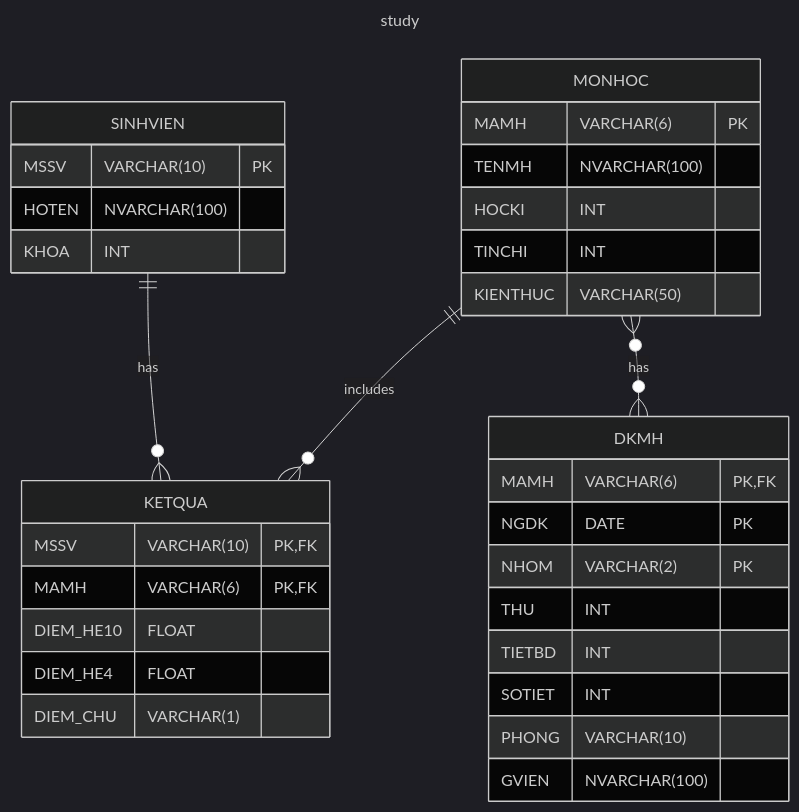
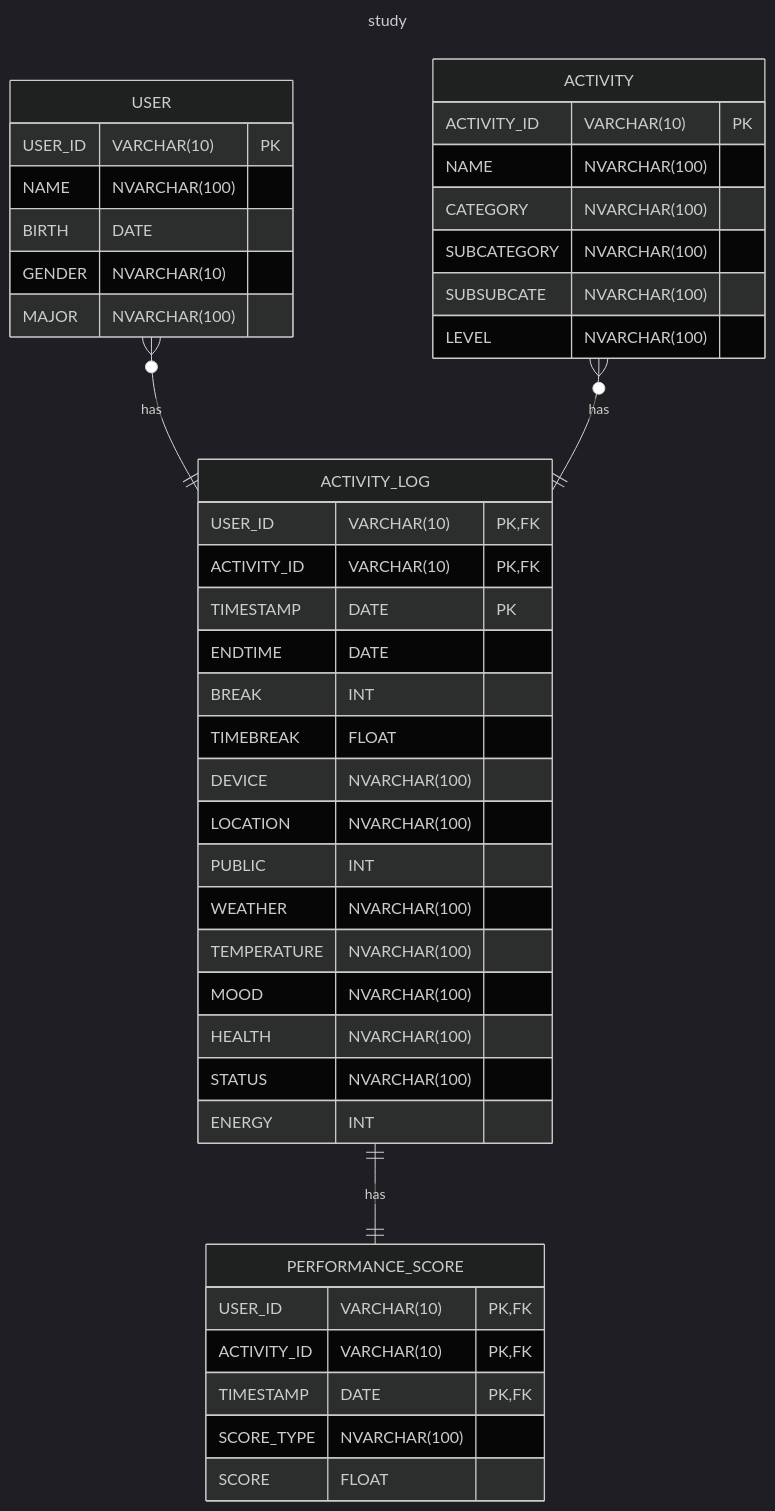
Before and after one commit to Bancie/LearningDB: the diagram in study/README.md, drawn with Mermaid (dark theme). The commit also changed 9 other files, not shown here.

````diff
--- a/study/README.md
+++ b/study/README.md
@@ -2,42 +2,53 @@
 ```mermaid
 ---
 title: study
 ---
 erDiagram
-    MONHOC {
-        MAMH VARCHAR(6) PK
-        TENMH NVARCHAR(100)
-        HOCKI INT
-        TINCHI INT
-        KIENTHUC VARCHAR(50)
+    
+    USER {
+        USER_ID VARCHAR(10) PK
+        NAME NVARCHAR(100)
+        BIRTH DATE
+        GENDER NVARCHAR(10)
+        MAJOR NVARCHAR(100)
     }
 
-    SINHVIEN {
-        MSSV VARCHAR(10) PK
-        HOTEN NVARCHAR(100)
-        KHOA INT
+    ACTIVITY {
+        ACTIVITY_ID VARCHAR(10) PK
+        NAME NVARCHAR(100)
+        CATEGORY NVARCHAR(100)
+        SUBCATEGORY NVARCHAR(100)
+        SUBSUBCATE NVARCHAR(100)
+        LEVEL NVARCHAR(100)
     }
 
-    KETQUA {
-        MSSV VARCHAR(10) PK, FK
-        MAMH VARCHAR(6) PK, FK
-        DIEM_HE10 FLOAT
-        DIEM_HE4 FLOAT
-        DIEM_CHU VARCHAR(1)
+    ACTIVITY_LOG {
+        USER_ID VARCHAR(10) PK, FK
+        ACTIVITY_ID VARCHAR(10) PK, FK
+        TIMESTAMP DATE PK
+        ENDTIME DATE
+        BREAK INT
+        TIMEBREAK FLOAT
+        DEVICE NVARCHAR(100)
+        LOCATION NVARCHAR(100)
+        PUBLIC INT
+        WEATHER NVARCHAR(100)
+        TEMPERATURE NVARCHAR(100)
+        MOOD NVARCHAR(100)
+        HEALTH NVARCHAR(100)
+        STATUS NVARCHAR(100)
+        ENERGY INT
     }
 
-    DKMH {
-        MAMH VARCHAR(6) PK, FK
-        NGDK DATE PK
-        NHOM VARCHAR(2) PK
-        THU INT
-        TIETBD INT
-        SOTIET INT
-        PHONG VARCHAR(10)
-        GVIEN NVARCHAR(100)
+    PERFORMANCE_SCORE {
+        USER_ID VARCHAR(10) PK, FK
+        ACTIVITY_ID VARCHAR(10) PK, FK
+        TIMESTAMP DATE PK, FK
+        SCORE_TYPE NVARCHAR(100)
+        SCORE FLOAT
     }
 
-    SINHVIEN ||--o{ KETQUA : has
-    MONHOC   ||--o{ KETQUA : includes
-    MONHOC o{--o{ DKMH : has
+    USER o{--|| ACTIVITY_LOG : has
+    ACTIVITY o{--|| ACTIVITY_LOG : has
+    ACTIVITY_LOG ||--|| PERFORMANCE_SCORE : has
 ```
````
